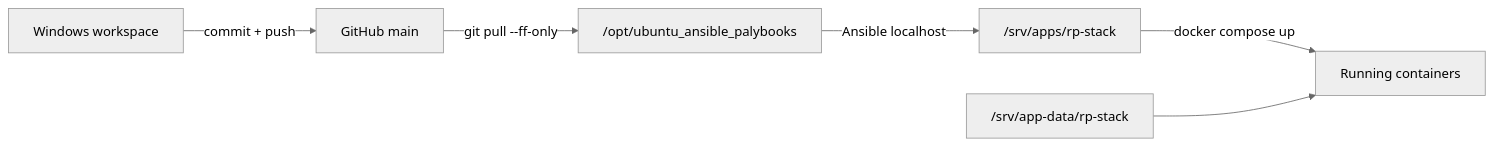
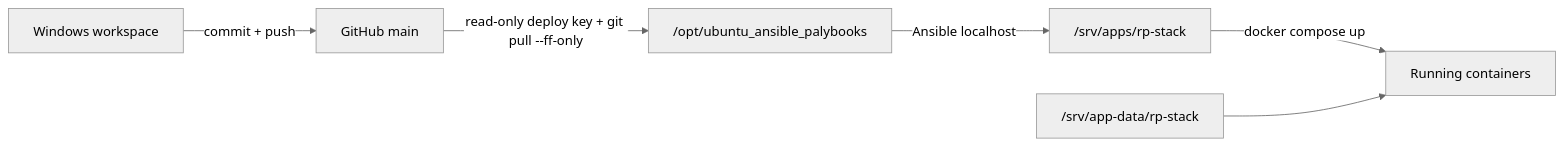
The diagram in docs/wiki/09-operations-and-repository.md (abykovwww-byte/ubuntu_ansible_palybooks), drawn with Mermaid (neutral theme) before and after one commit. The commit also changed other lines of this file and 8 other files, not shown here.

````diff
--- a/docs/wiki/09-operations-and-repository.md
+++ b/docs/wiki/09-operations-and-repository.md
@@ -9,8 +9,8 @@
 ```mermaid
 flowchart LR
     W["Windows workspace"] -->|"commit + push"| GH["GitHub main"]
-    GH -->|"git pull --ff-only"| CO["/opt/ubuntu_ansible_palybooks"]
+    GH -->|"read-only deploy key + git pull --ff-only"| CO["/opt/ubuntu_ansible_palybooks"]
     CO -->|"Ansible localhost"| APP["/srv/apps/rp-stack"]
     APP -->|"docker compose up"| RT["Running containers"]
     DATA["/srv/app-data/rp-stack"] --> RT
 ```
````
